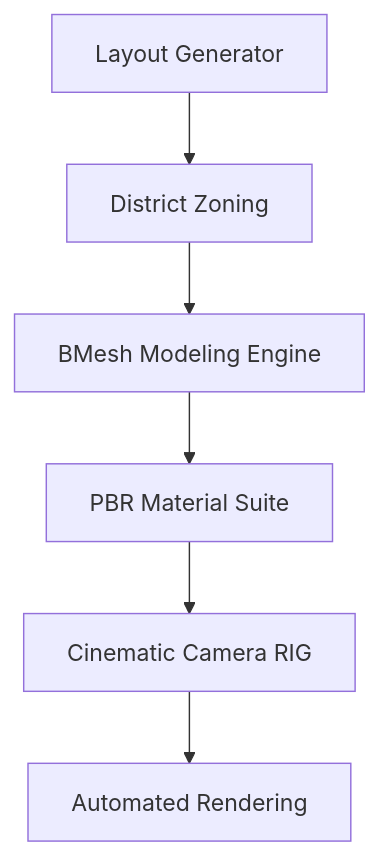
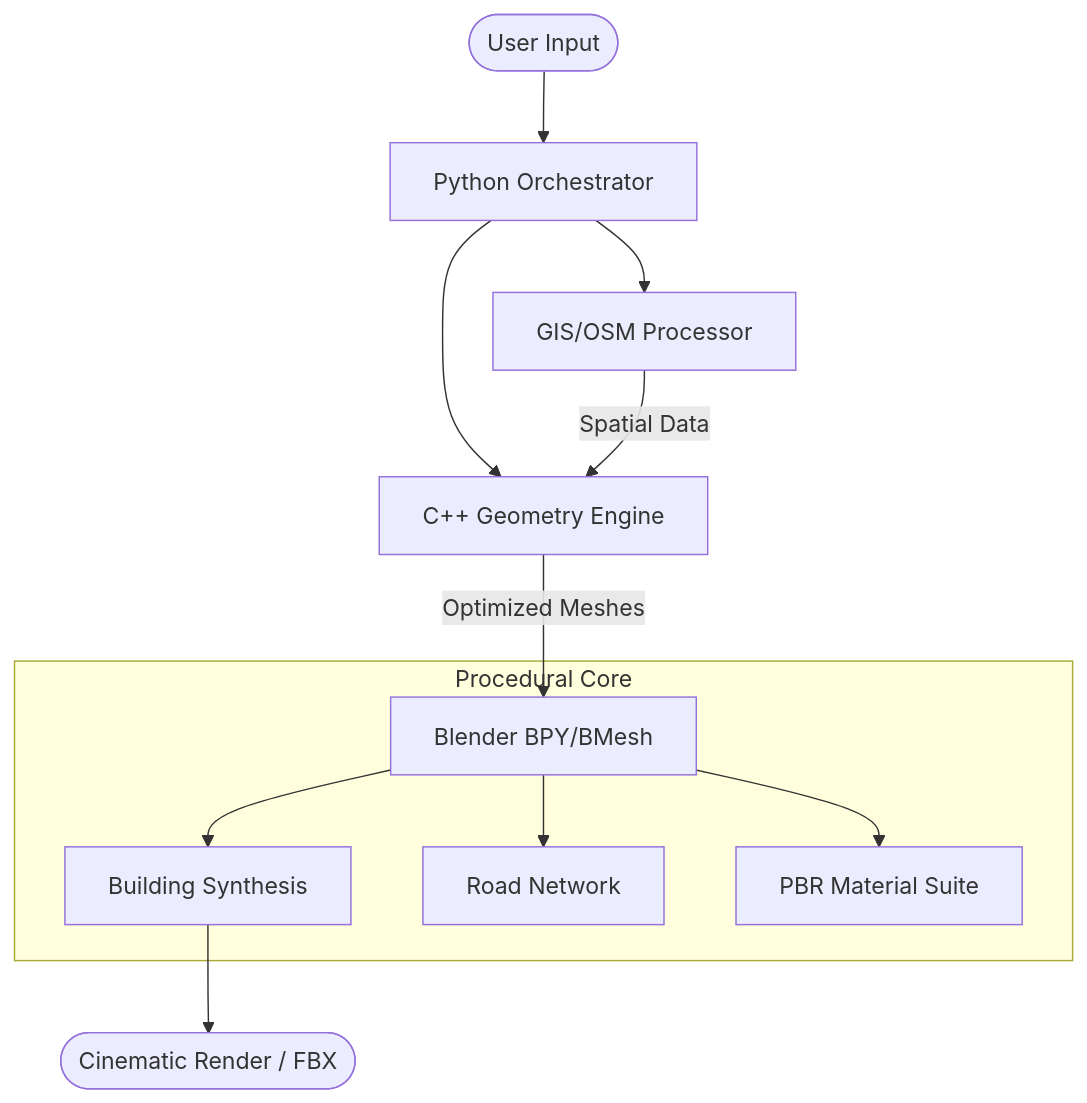
Before and after one commit to Imposter-zx/SMART-PROCEDURAL-CITY-GENERATOR: the diagram in README.md, drawn with Mermaid. The commit also changed other lines of this file and 2 other files, not shown here.

Commit message:
docs: upgrade READMEs and architecture docs to Master Edition v5.0

````diff
--- a/README.md
+++ b/README.md
@@ -48,8 +60,17 @@
 ```mermaid
 graph TD
-    A[Layout Generator] --> B[District Zoning]
-    B --> C[BMesh Modeling Engine]
-    C --> D[PBR Material Suite]
-    D --> E[Cinematic Camera RIG]
-    E --> F[Automated Rendering]
+    User([User Input]) --> Orchestrator[Python Orchestrator]
+    Orchestrator --> GIS[GIS/OSM Processor]
+    Orchestrator --> Engine[C++ Geometry Engine]
+    
+    GIS -->|Spatial Data| Engine
+    Engine -->|Optimized Meshes| Blender[Blender BPY/BMesh]
+    
+    subgraph "Procedural Core"
+        Blender --> BuildingGen[Building Synthesis]
+        Blender --> RoadGen[Road Network]
+        Blender --> MatGen[PBR Material Suite]
+    end
+    
+    BuildingGen --> Output([Cinematic Render / FBX])
 ```
````
